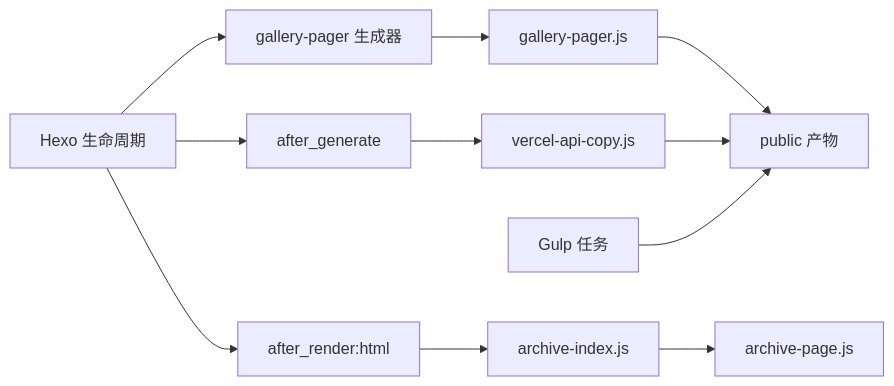
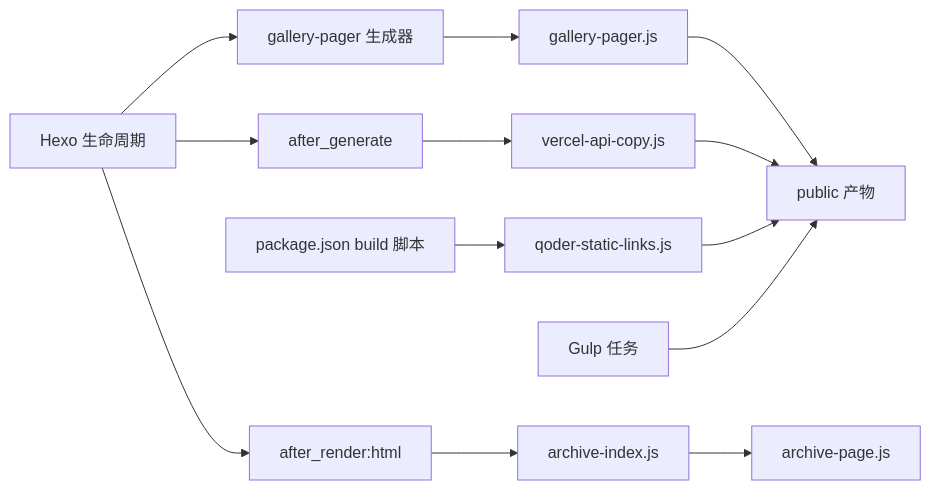
The ninth of 9 diagrams in .qoder/repowiki/zh/content/开发工具与脚本/构建脚本.md (N1280851853/my_blog), drawn with Mermaid before and after one commit. The commit also changed other lines of this file and 8 other files, not shown here.

````diff
--- a/.qoder/repowiki/zh/content/开发工具与脚本/构建脚本.md
+++ b/.qoder/repowiki/zh/content/开发工具与脚本/构建脚本.md
@@ -289,13 +344,15 @@
 ```mermaid
 graph LR
 Hexo["Hexo 生命周期"] --> Gen["gallery-pager 生成器"]
 Hexo --> Render["after_render:html"]
 Hexo --> PostGen["after_generate"]
 Render --> ArchiveIdx["archive-index.js"]
 Gen --> GalleryPager["gallery-pager.js"]
 PostGen --> VercelCopy["vercel-api-copy.js"]
 ArchiveIdx --> Front["archive-page.js"]
 GalleryPager --> Public["public 产物"]
 VercelCopy --> Public
+Qoder["qoder-static-links.js"] --> Public
 Gulp["Gulp 任务"] --> Public
+Package["package.json build 脚本"] --> Qoder
 ```
````
